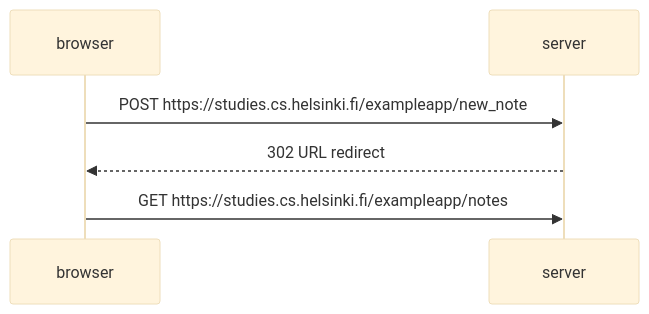
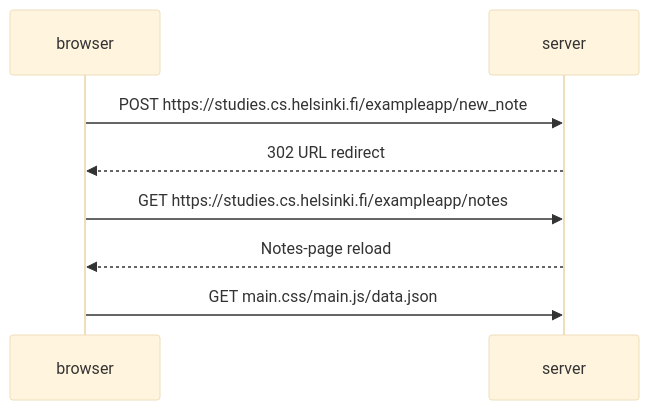
The diagram in osa0/teht04.md (ruove/fullstackopen), drawn with Mermaid (base theme) before and after one commit.

````diff
--- a/osa0/teht04.md
+++ b/osa0/teht04.md
@@ -1,12 +1,14 @@
 ```mermaid
 sequenceDiagram
     participant browser
     participant server
     
     browser->>server: POST https://studies.cs.helsinki.fi/exampleapp/new_note
     server-->>browser: 302 URL redirect
     browser->>server: GET https://studies.cs.helsinki.fi/exampleapp/notes
+    server-->>browser: Notes-page reload
+    browser->>server: GET main.css/main.js/data.json
     
     
 
 ```
````
